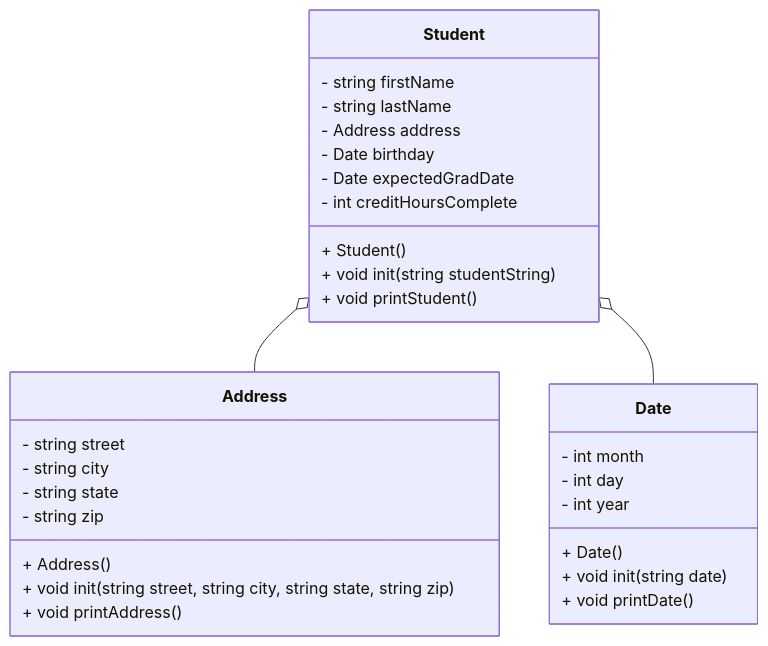
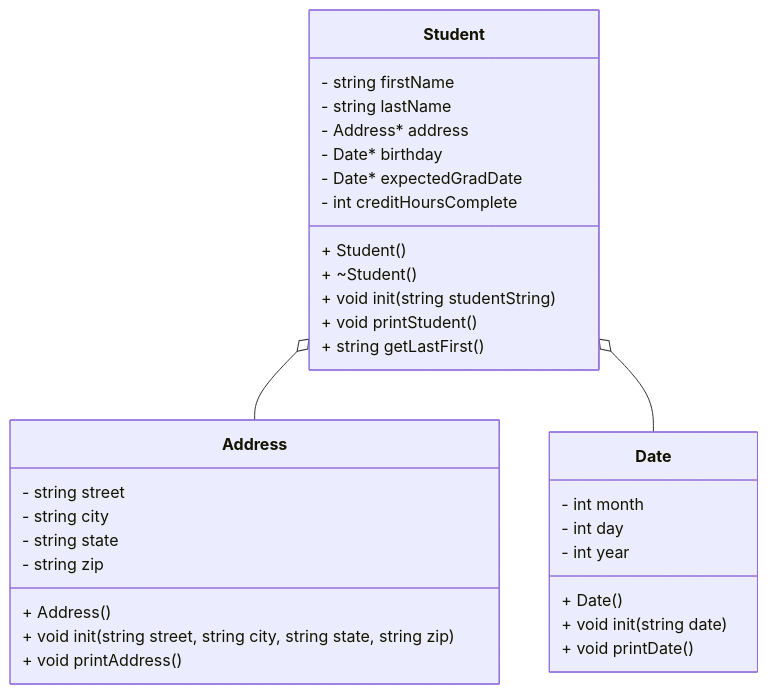
One commit to Lord-Raymik/CS121_Lab6 changed the diagram in studentHeap/README.md. Above: the diagram before and after it, drawn with Mermaid. The commit also changed 12 other files, not shown here.

````diff
--- a/studentHeap/README.md
+++ b/studentHeap/README.md
@@ -3,41 +3,43 @@
 ```mermaid
 classDiagram
 
     class Address {    
         - string street
         - string city
         - string state
         - string zip
 
         + Address()
         + void init(string street, string city, string state, string zip)
         + void printAddress()
     }
 
     class Date {
         - int month
         - int day
         - int year
 
         + Date()
         + void init(string date)
         + void printDate()
     }
 
     class Student {
         - string firstName
         - string lastName
-        - Address address
-        - Date birthday
-        - Date expectedGradDate
+        - Address* address
+        - Date* birthday
+        - Date* expectedGradDate
         - int creditHoursComplete
 
         + Student()
+        + ~Student()
         + void init(string studentString)
-        + void printStudent() 
+        + void printStudent()
+        + string getLastFirst() 
     }
 
     Student o-- Address
     Student o-- Date
 
 ```
````
